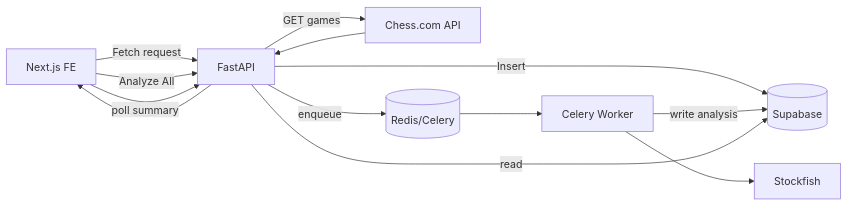
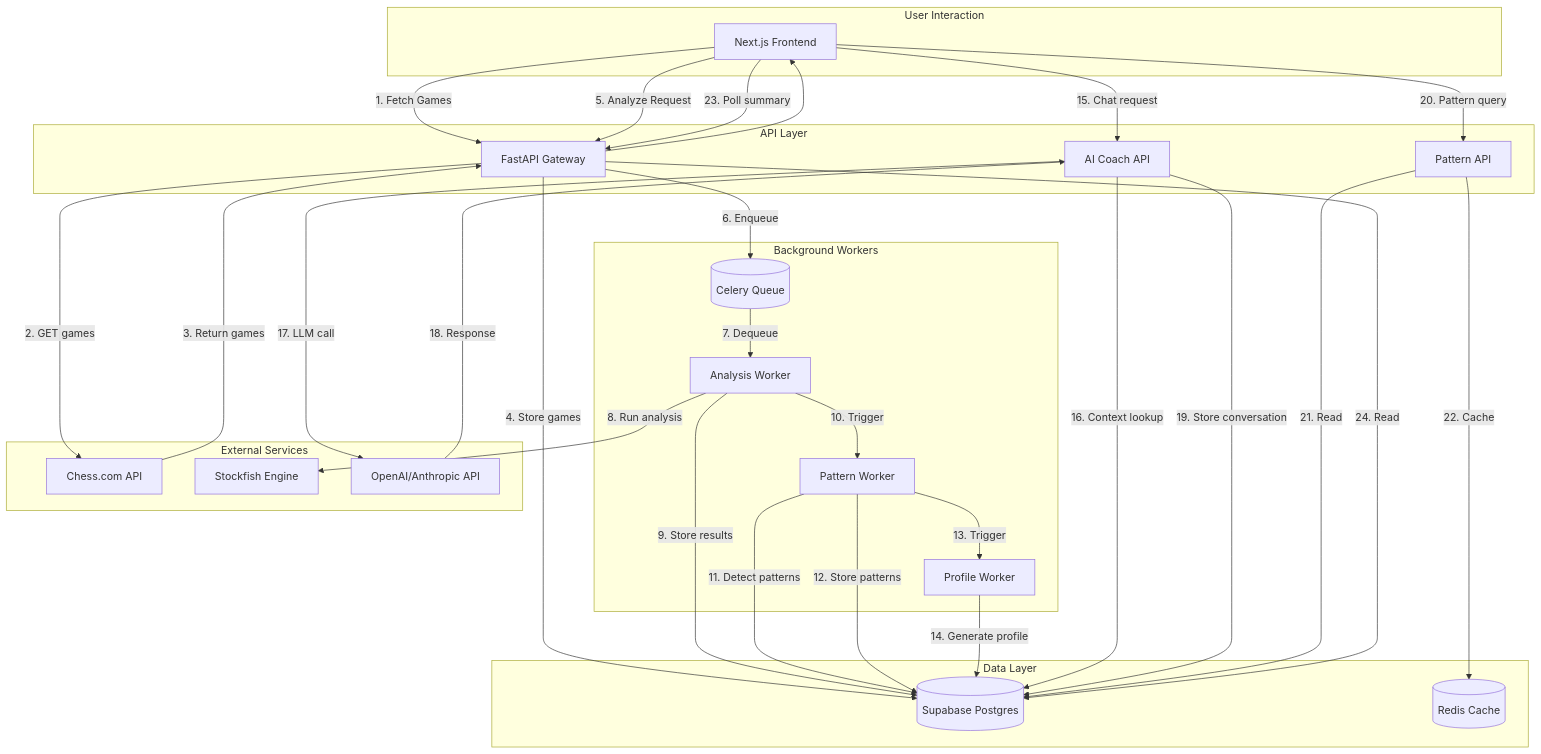
One commit to ArcnetLabs/chess-AI changed the fourth of 4 diagrams in docs/requirements/FRD_TECHNICAL.md. Above: the diagram before and after it, drawn with Mermaid. The commit also changed other lines of this file and 74 other files, not shown here.

````diff
--- a/docs/requirements/FRD_TECHNICAL.md
+++ b/docs/requirements/FRD_TECHNICAL.md
@@ -587,17 +1695,60 @@
 ```mermaid
-flowchart LR
-    FE[Next.js FE] -->|Fetch request| BE[FastAPI]
-    BE -->|GET games| CHESSCOM[Chess.com API]
-    CHESSCOM --> BE
-    BE -->|Insert| DB[(Supabase)]
+flowchart TB
+    subgraph UserInteraction["User Interaction"]
+        FE[Next.js Frontend]
+    end
 
-    FE -->|Analyze All| BE
-    BE -->|enqueue| CELERYQ[(Redis/Celery)]
-    CELERYQ --> W[Celery Worker]
-    W --> SF[Stockfish]
-    W -->|write analysis| DB
+    subgraph APILayer["API Layer"]
+        API[FastAPI Gateway]
+        COACH[AI Coach API]
+        PATTERN[Pattern API]
+    end
 
-    FE -->|poll summary| BE
-    BE -->|read| DB
-    BE --> FE
+    subgraph Workers["Background Workers"]
+        CELERYQ[(Celery Queue)]
+        W1[Analysis Worker]
+        W2[Pattern Worker]
+        W3[Profile Worker]
+    end
+
+    subgraph ExternalServices["External Services"]
+        CHESSCOM[Chess.com API]
+        STOCKFISH[Stockfish Engine]
+        LLM[OpenAI/Anthropic API]
+    end
+
+    subgraph DataLayer["Data Layer"]
+        DB[(Supabase Postgres)]
+        REDIS[(Redis Cache)]
+    end
+
+    FE -->|1. Fetch Games| API
+    API -->|2. GET games| CHESSCOM
+    CHESSCOM -->|3. Return games| API
+    API -->|4. Store games| DB
+
+    FE -->|5. Analyze Request| API
+    API -->|6. Enqueue| CELERYQ
+    CELERYQ -->|7. Dequeue| W1
+    W1 -->|8. Run analysis| STOCKFISH
+    W1 -->|9. Store results| DB
+    W1 -->|10. Trigger| W2
+    W2 -->|11. Detect patterns| DB
+    W2 -->|12. Store patterns| DB
+    W2 -->|13. Trigger| W3
+    W3 -->|14. Generate profile| DB
+
+    FE -->|15. Chat request| COACH
+    COACH -->|16. Context lookup| DB
+    COACH -->|17. LLM call| LLM
+    LLM -->|18. Response| COACH
+    COACH -->|19. Store conversation| DB
+
+    FE -->|20. Pattern query| PATTERN
+    PATTERN -->|21. Read| DB
+    PATTERN -->|22. Cache| REDIS
+
+    FE -->|23. Poll summary| API
+    API -->|24. Read| DB
+    API --> FE
 ```
````
